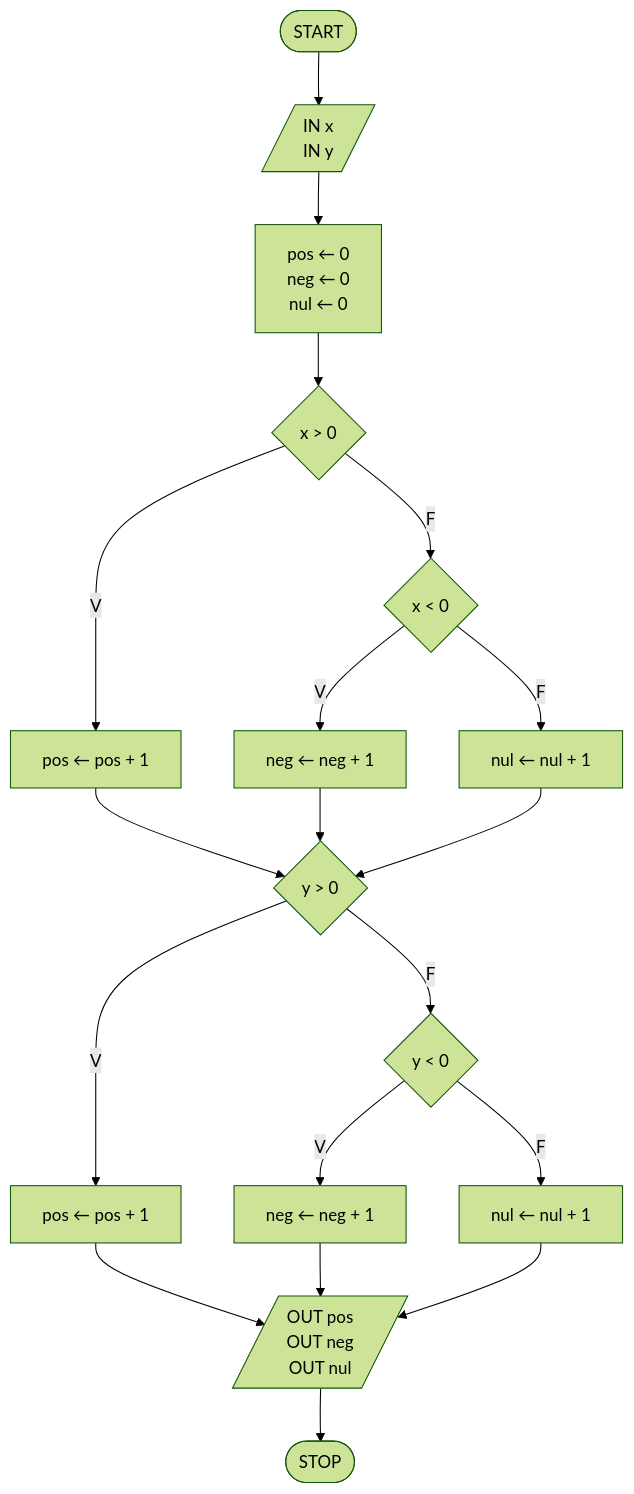
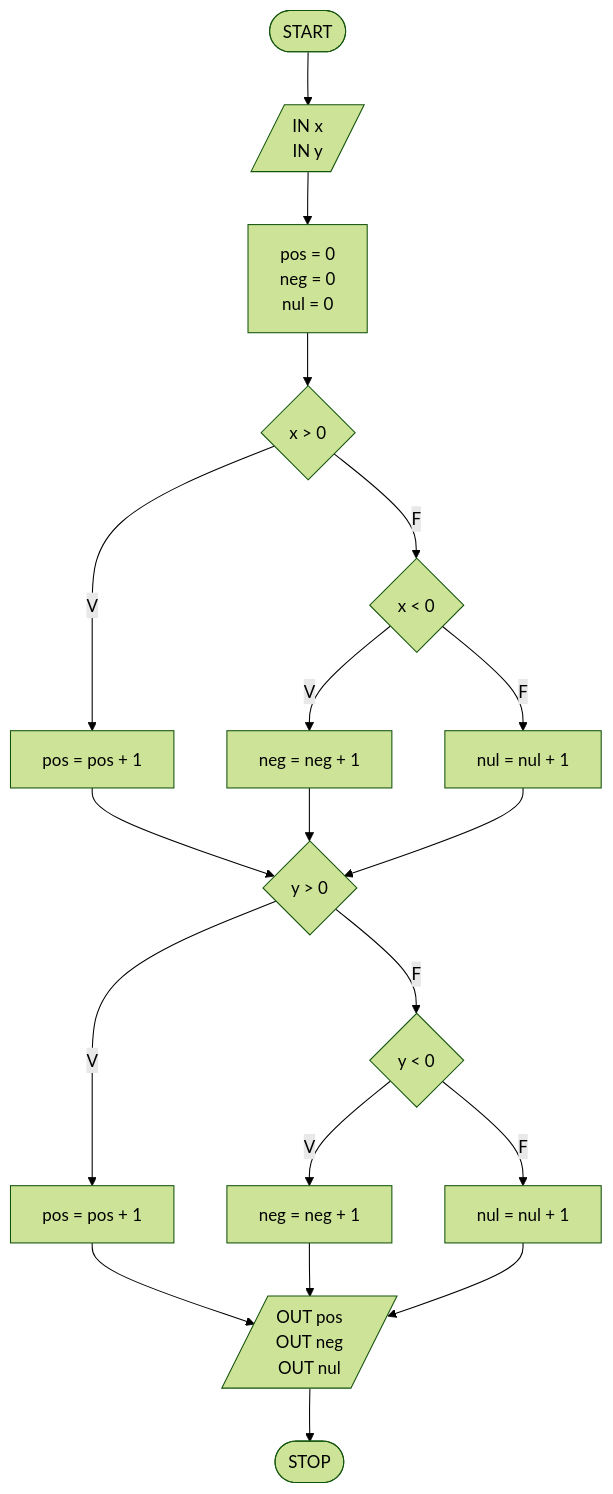
Before and after one commit to pg-laboratorio/flowcharts_laboratorio_esercizi: the tenth of 28 diagrams in flowcharts_soluzioni.md, drawn with Mermaid (forest theme). The commit also changed other lines of this file, not shown here.

````diff
--- a/flowcharts_soluzioni.md
+++ b/flowcharts_soluzioni.md
@@ -222,21 +222,21 @@
 ```mermaid
 graph TD
     START([START]) --> INPUT[/"IN x<br>IN y"/]
-    INPUT --> INIT["pos ← 0<br>neg ← 0<br>nul ← 0"]
+    INPUT --> INIT["pos = 0<br>neg = 0<br>nul = 0"]
     INIT --> CX1{"x > 0"}
-    CX1 -- V --> PX["pos ← pos + 1"]
+    CX1 -- V --> PX["pos = pos + 1"]
     CX1 -- F --> CX2{"x < 0"}
-    CX2 -- V --> NX["neg ← neg + 1"]
-    CX2 -- F --> ZX["nul ← nul + 1"]
+    CX2 -- V --> NX["neg = neg + 1"]
+    CX2 -- F --> ZX["nul = nul + 1"]
     PX --> CY1{"y > 0"}
     NX --> CY1
     ZX --> CY1
-    CY1 -- V --> PY["pos ← pos + 1"]
+    CY1 -- V --> PY["pos = pos + 1"]
     CY1 -- F --> CY2{"y < 0"}
-    CY2 -- V --> NY["neg ← neg + 1"]
-    CY2 -- F --> ZY["nul ← nul + 1"]
+    CY2 -- V --> NY["neg = neg + 1"]
+    CY2 -- F --> ZY["nul = nul + 1"]
     PY --> OUTPUT[/"OUT pos<br>OUT neg<br>OUT nul"/]
     NY --> OUTPUT
     ZY --> OUTPUT
     OUTPUT --> STOP([STOP])
 ```
````
